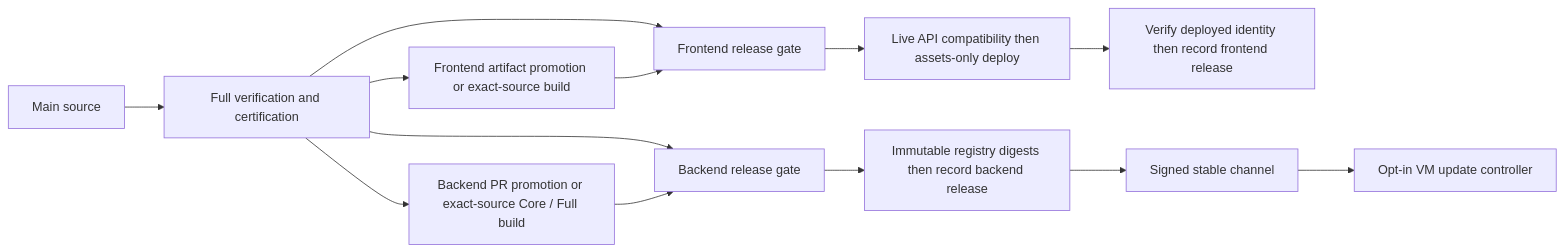
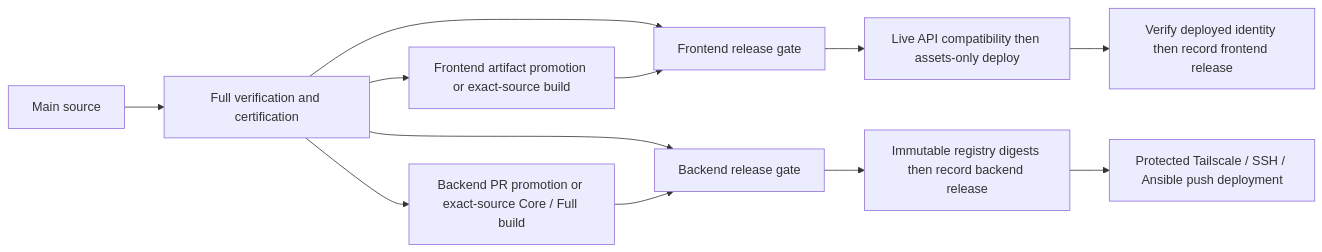
Before and after one commit to yohn-jp/codexia: the second of 2 diagrams in docs/verification/CI-CD.md, drawn with Mermaid. The commit also changed other lines of this file and 4 other files, not shown here.

Commit message:
docs(ci): describe push-only backend release and remove obsolete channel links

````diff
--- a/docs/verification/CI-CD.md
+++ b/docs/verification/CI-CD.md
@@ -89,15 +89,14 @@
 ```mermaid
 flowchart LR
   M[Main source] --> V[Full verification and certification]
   V --> F[Frontend artifact promotion or exact-source build]
   V --> B[Backend PR promotion or exact-source Core / Full build]
   V --> FG[Frontend release gate]
   F --> FG
   V --> BG[Backend release gate]
   B --> BG
   FG --> A[Live API compatibility then assets-only deploy]
   A --> I[Verify deployed identity then record frontend release]
   BG --> R[Immutable registry digests then record backend release]
-  R --> S[Signed stable channel]
-  S --> U[Opt-in VM update controller]
+  R --> P[Protected Tailscale / SSH / Ansible push deployment]
 ```
````
